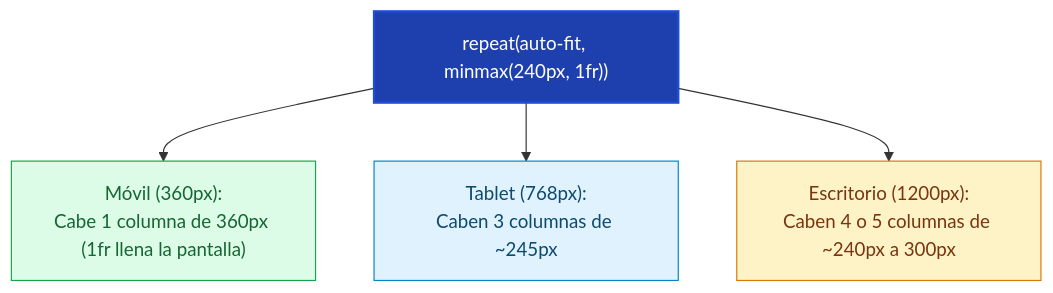
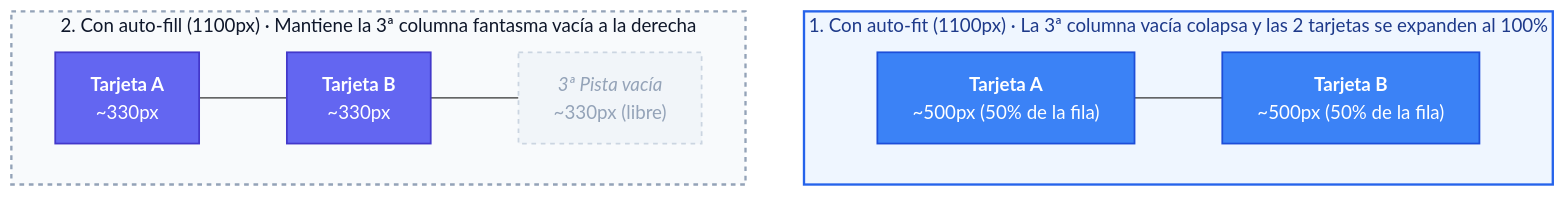
Before and after one commit to Jose-Quesada/html-css: the sixth of 7 diagrams in docs/css/Código ejemplo/06-grid.md, drawn with Mermaid. The commit also changed other lines of this file and 48 other files, not shown here.

````diff
--- a/docs/css/Código ejemplo/06-grid.md
+++ b/docs/css/Código ejemplo/06-grid.md
@@ -998,13 +1350,20 @@
 ```mermaid
-graph TD
-    AUTO["repeat(auto-fit, minmax(240px, 1fr))"]
-    
-    AUTO --> M360["Móvil (360px):<br>Cabe 1 columna de 360px (1fr llena la pantalla)"]
-    AUTO --> T768["Tablet (768px):<br>Caben 3 columnas de ~245px"]
-    AUTO --> D1200["Escritorio (1200px):<br>Caben 4 o 5 columnas de ~240px a 300px"]
+flowchart TD
+    subgraph FIT ["1. Con auto-fit (1100px) · La 3ª columna vacía colapsa y las 2 tarjetas se expanden al 100%"]
+        direction LR
+        FA["<b>Tarjeta A</b><br>~500px (50% de la fila)"] --- FB["<b>Tarjeta B</b><br>~500px (50% de la fila)"]
+    end
 
-    style AUTO fill:#1e40af,stroke:#1d4ed8,stroke-width:2px,color:#ffffff
-    style M360 fill:#dcfce7,stroke:#16a34a,stroke-width:1px,color:#166534
-    style T768 fill:#e0f2fe,stroke:#0284c7,stroke-width:1px,color:#0c4a6e
-    style D1200 fill:#fef3c7,stroke:#d97706,stroke-width:1px,color:#78350f
+    subgraph FILL ["2. Con auto-fill (1100px) · Mantiene la 3ª columna fantasma vacía a la derecha"]
+        direction LR
+        LA["<b>Tarjeta A</b><br>~330px"] --- LB["<b>Tarjeta B</b><br>~330px"] --- LC["<i>3ª Pista vacía</i><br>~330px (libre)"]
+    end
+
+    style FIT fill:#eff6ff,stroke:#2563eb,stroke-width:2px,color:#1e3a8a
+    style FILL fill:#f8fafc,stroke:#94a3b8,stroke-width:2px,stroke-dasharray: 4 4,color:#0f172a
+    style FA fill:#3b82f6,color:#ffffff,stroke:#1d4ed8,stroke-width:1.5px
+    style FB fill:#3b82f6,color:#ffffff,stroke:#1d4ed8,stroke-width:1.5px
+    style LA fill:#6366f1,color:#ffffff,stroke:#4338ca,stroke-width:1.5px
+    style LB fill:#6366f1,color:#ffffff,stroke:#4338ca,stroke-width:1.5px
+    style LC fill:#f1f5f9,color:#94a3b8,stroke:#cbd5e1,stroke-width:1.5px,stroke-dasharray: 4 4
 ```
````
